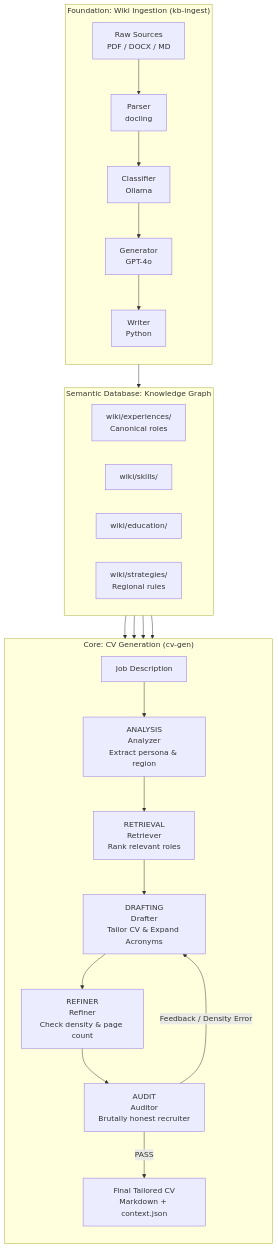
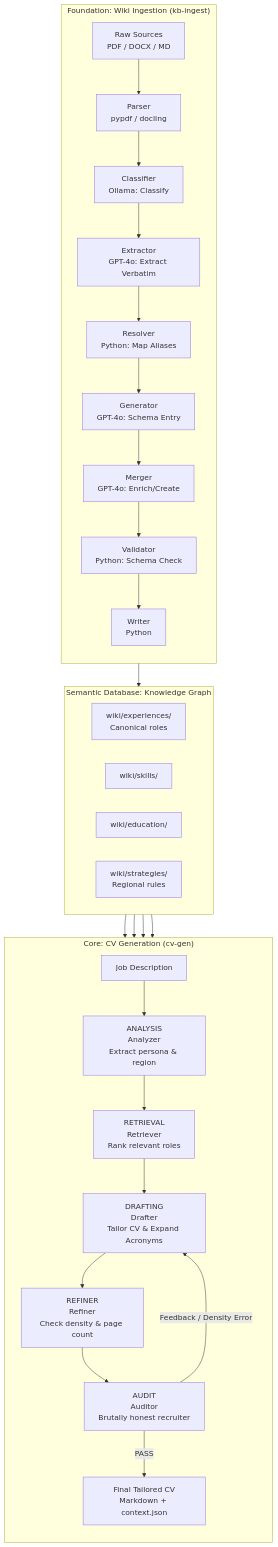
Before and after one commit to bvrabete/career-os: the diagram in README.md, drawn with Mermaid. The commit also changed other lines of this file and 5 other files, not shown here.

````diff
--- a/README.md
+++ b/README.md
@@ -15,42 +15,46 @@
 ```mermaid
 graph TD
     subgraph GENERATION ["Core: CV Generation (cv-gen)"]
         direction TB
         JD[Job Description]
         Analyzer[ANALYSIS\nAnalyzer\nExtract persona & region]
         Retriever[RETRIEVAL\nRetriever\nRank relevant roles]
         Drafter[DRAFTING\nDrafter\nTailor CV & Expand Acronyms]
         Refiner[REFINER\nRefiner\nCheck density & page count]
         Auditor[AUDIT\nAuditor\nBrutally honest recruiter]
         FinalCV[Final Tailored CV\nMarkdown + context.json]
 
         JD --> Analyzer --> Retriever --> Drafter --> Refiner --> Auditor
         Auditor -->|Feedback / Density Error| Drafter
         Auditor -->|PASS| FinalCV
     end
 
     subgraph WIKI ["Semantic Database: Knowledge Graph"]
         direction LR
         Experiences["wiki/experiences/\nCanonical roles"]
         Skills["wiki/skills/"]
         Education["wiki/education/"]
         Strategies["wiki/strategies/\nRegional rules"]
     end
 
     subgraph INGESTION ["Foundation: Wiki Ingestion (kb-ingest)"]
         direction TB
         Raw["Raw Sources\nPDF / DOCX / MD"]
-        Parser[Parser\ndocling]
-        Classifier[Classifier\nOllama]
-        Generator["Generator\nGPT-4o"]
+        Parser[Parser\npypdf / docling]
+        Classifier[Classifier\nOllama: Classify]
+        Extractor[Extractor\nGPT-4o: Extract Verbatim]
+        Resolver[Resolver\nPython: Map Aliases]
+        Generator[Generator\nGPT-4o: Schema Entry]
+        Merger[Merger\nGPT-4o: Enrich/Create]
+        Validator[Validator\nPython: Schema Check]
         Writer[Writer\nPython]
 
-        Raw --> Parser --> Classifier --> Generator --> Writer
+        Raw --> Parser --> Classifier --> Extractor --> Resolver --> Generator --> Merger --> Validator --> Writer
     end
 
     Writer --> Experiences
     Experiences --> Retriever
     Skills --> Retriever
     Education --> Retriever
     Strategies --> Retriever
 ```
````
